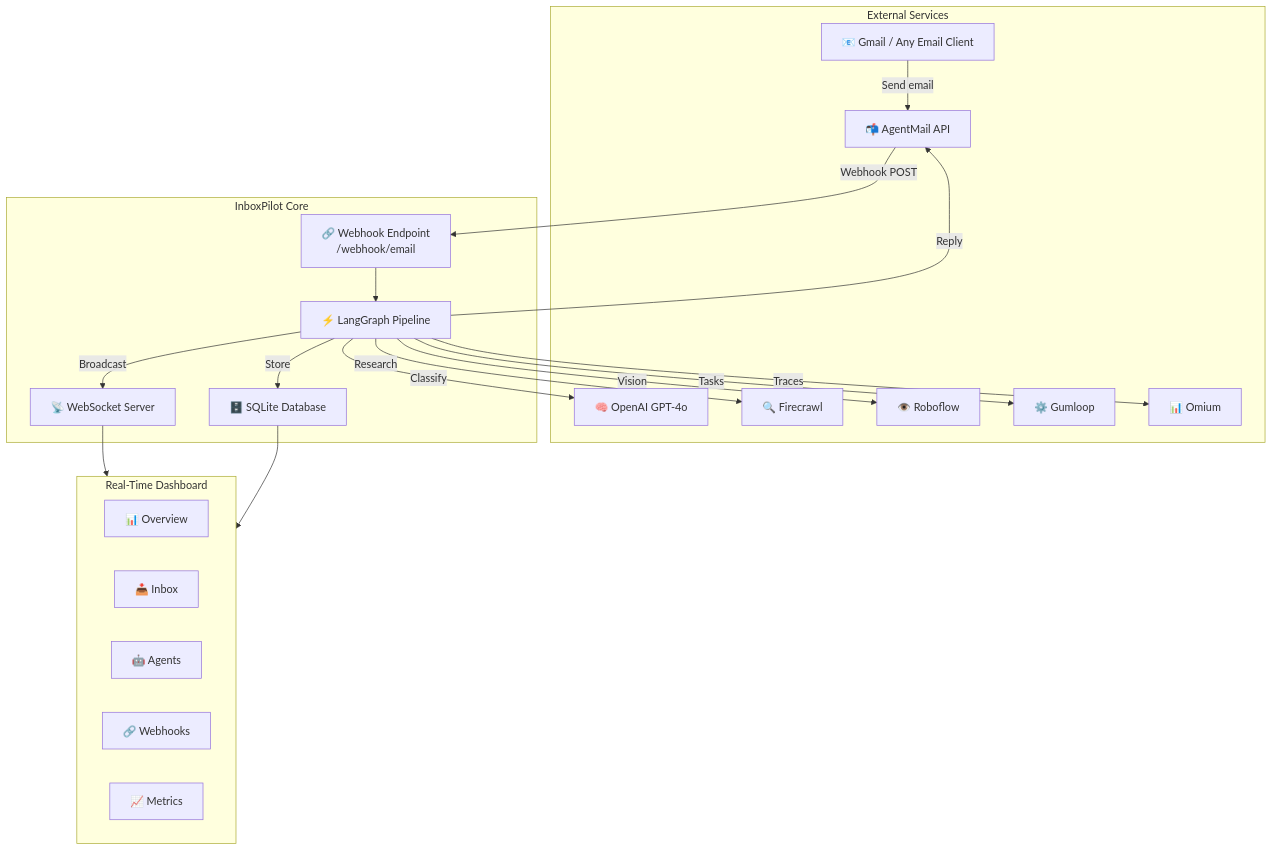
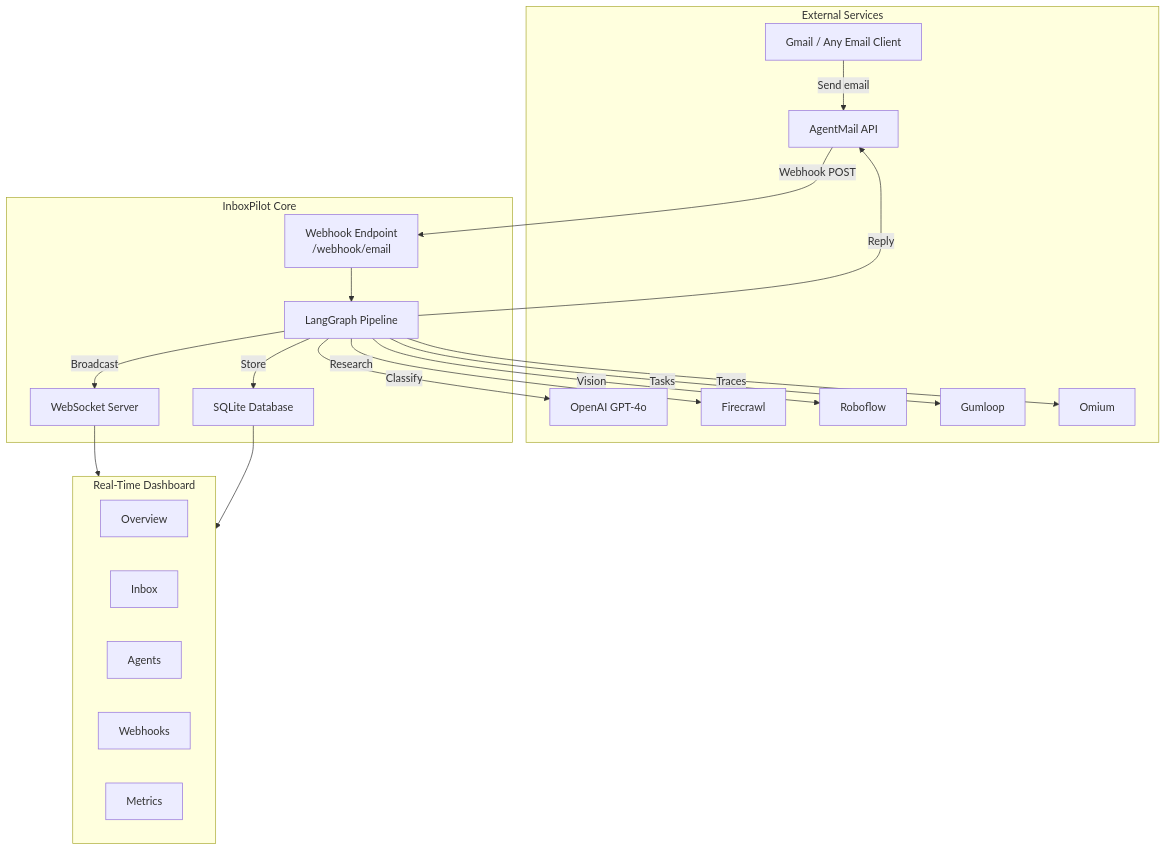
Before and after one commit to dhiraj-143r/srish_dhi: the first of 3 diagrams in inbox-pilot/README.md, drawn with Mermaid. The commit also changed other lines of this file, not shown here.

````diff
--- a/inbox-pilot/README.md
+++ b/inbox-pilot/README.md
@@ -11,41 +11,41 @@
 ```mermaid
 graph TB
-    subgraph External["External Services"]
-        GM["📧 Gmail / Any Email Client"]
-        AM["📬 AgentMail API"]
-        OAI["🧠 OpenAI GPT-4o"]
-        FC["🔍 Firecrawl"]
-        RB["👁️ Roboflow"]
-        GL["⚙️ Gumloop"]
-        OM["📊 Omium"]
-    end
+ subgraph External["External Services"]
+  GM[" Gmail / Any Email Client"]
+  AM[" AgentMail API"]
+  OAI[" OpenAI GPT-4o"]
+  FC[" Firecrawl"]
+  RB[" Roboflow"]
+  GL[" Gumloop"]
+  OM[" Omium"]
+ end
 
-    subgraph Core["InboxPilot Core"]
-        WH["🔗 Webhook Endpoint<br/>/webhook/email"]
-        PL["⚡ LangGraph Pipeline"]
-        DB["🗄️ SQLite Database"]
-        WS["📡 WebSocket Server"]
-    end
+ subgraph Core["InboxPilot Core"]
+  WH[" Webhook Endpoint<br/>/webhook/email"]
+  PL[" LangGraph Pipeline"]
+  DB[" SQLite Database"]
+  WS[" WebSocket Server"]
+ end
 
-    subgraph Dashboard["Real-Time Dashboard"]
-        OV["📊 Overview"]
-        IN["📥 Inbox"]
-        AG["🤖 Agents"]
-        WK["🔗 Webhooks"]
-        MT["📈 Metrics"]
-    end
+ subgraph Dashboard["Real-Time Dashboard"]
+  OV[" Overview"]
+  IN[" Inbox"]
+  AG[" Agents"]
+  WK[" Webhooks"]
+  MT[" Metrics"]
+ end
 
-    GM -->|"Send email"| AM
-    AM -->|"Webhook POST"| WH
-    WH --> PL
-    PL -->|"Classify"| OAI
-    PL -->|"Research"| FC
-    PL -->|"Vision"| RB
-    PL -->|"Reply"| AM
-    PL -->|"Tasks"| GL
-    PL -->|"Traces"| OM
-    PL -->|"Store"| DB
-    PL -->|"Broadcast"| WS
-    WS --> Dashboard
-    DB --> Dashboard
+ GM -->|"Send email"| AM
+ AM -->|"Webhook POST"| WH
+ WH --> PL
+ PL -->|"Classify"| OAI
+ PL -->|"Research"| FC
+ PL -->|"Vision"| RB
+ PL -->|"Reply"| AM
+ PL -->|"Tasks"| GL
+ PL -->|"Traces"| OM
+ PL -->|"Store"| DB
+ PL -->|"Broadcast"| WS
+ WS --> Dashboard
+ DB --> Dashboard
 ```
````
